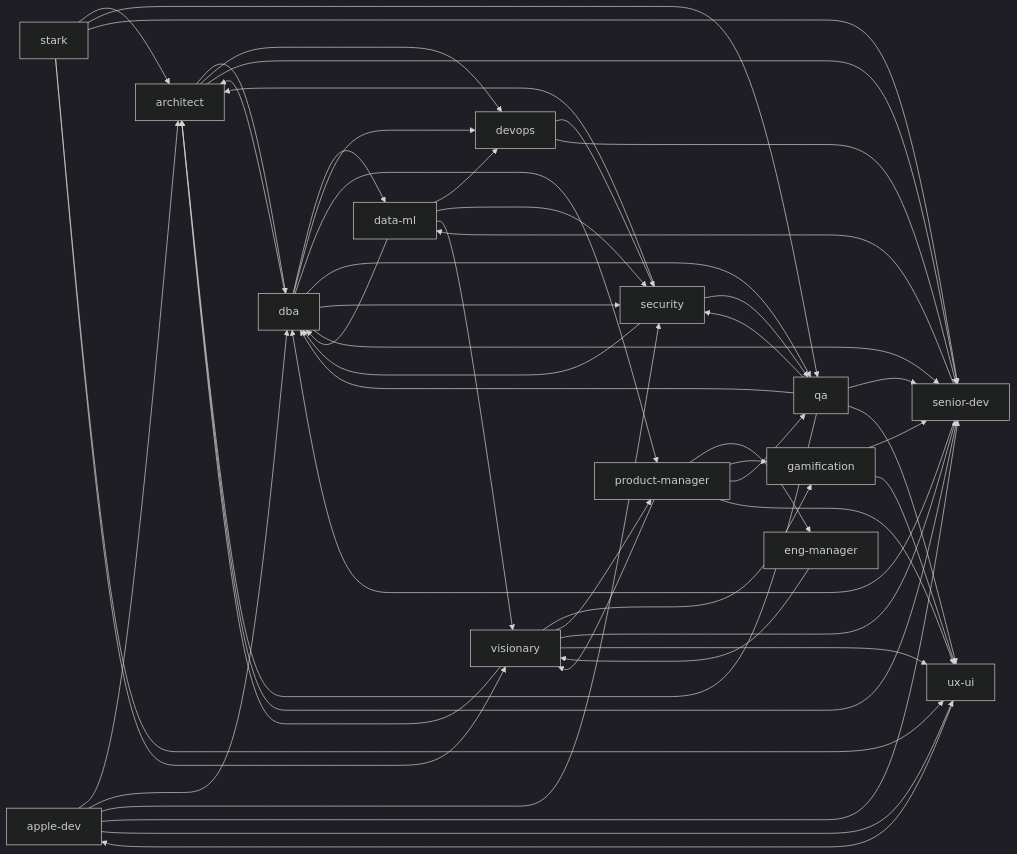
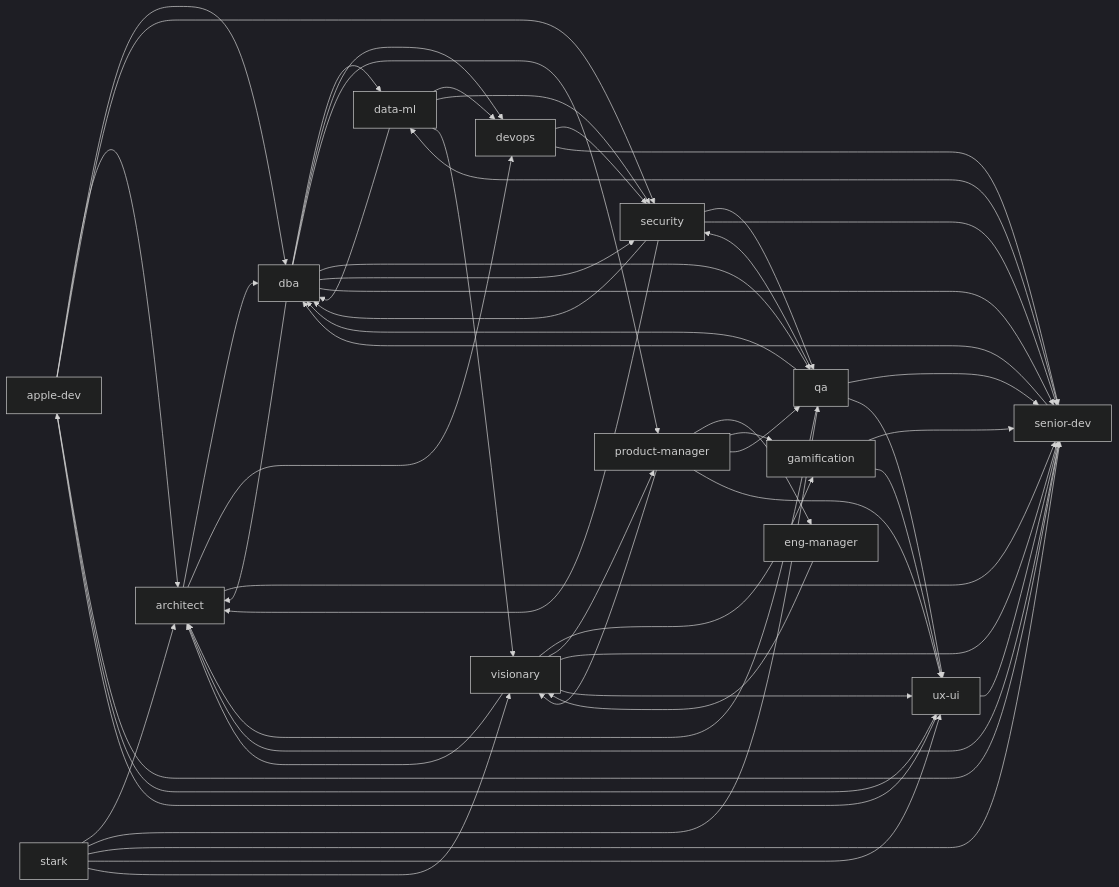
The second of 4 diagrams in GRAPH.md (jrodrigopuca/local-agents), drawn with Mermaid (dark theme) before and after one commit. The commit also changed other lines of this file and 13 other files, not shown here.

Commit message:
feat(ux-ui,security): ux-ui y security no escriben código del producto y lo pasan a senior-dev con un brief; ux-ui suma lh-design-critique, lh-visual-direction y lh-icons; architect sin GDE/MVP; límites 0/3 → 3/3, dirección visual 0/3 → 3/3, disparos 9/9, guardianes sin pérdidas

````diff
--- a/GRAPH.md
+++ b/GRAPH.md
@@ -58,67 +58,69 @@
 ```mermaid
 flowchart LR
     apple-dev --> architect
     apple-dev --> dba
     apple-dev --> security
     apple-dev --> senior-dev
     apple-dev --> ux-ui
 
     architect --> dba
     architect --> devops
     architect --> senior-dev
 
     data-ml --> dba
     data-ml --> devops
     data-ml --> security
     data-ml --> visionary
 
     dba --> architect
     dba --> data-ml
     dba --> devops
     dba --> product-manager
     dba --> qa
     dba --> security
     dba --> senior-dev
 
     devops --> security
     devops --> senior-dev
 
     eng-manager --> visionary
 
     gamification --> senior-dev
     gamification --> ux-ui
 
     product-manager --> eng-manager
     product-manager --> gamification
     product-manager --> qa
     product-manager --> ux-ui
     product-manager --> visionary
 
     qa --> architect
     qa --> dba
     qa --> security
     qa --> senior-dev
     qa --> ux-ui
 
     security --> architect
     security --> dba
     security --> qa
+    security --> senior-dev
 
     senior-dev --> architect
     senior-dev --> data-ml
     senior-dev --> dba
 
     stark --> architect
     stark --> qa
     stark --> senior-dev
     stark --> ux-ui
     stark --> visionary
 
     ux-ui --> apple-dev
+    ux-ui --> senior-dev
 
     visionary --> architect
     visionary --> gamification
     visionary --> product-manager
     visionary --> senior-dev
     visionary --> ux-ui
 ```
````
